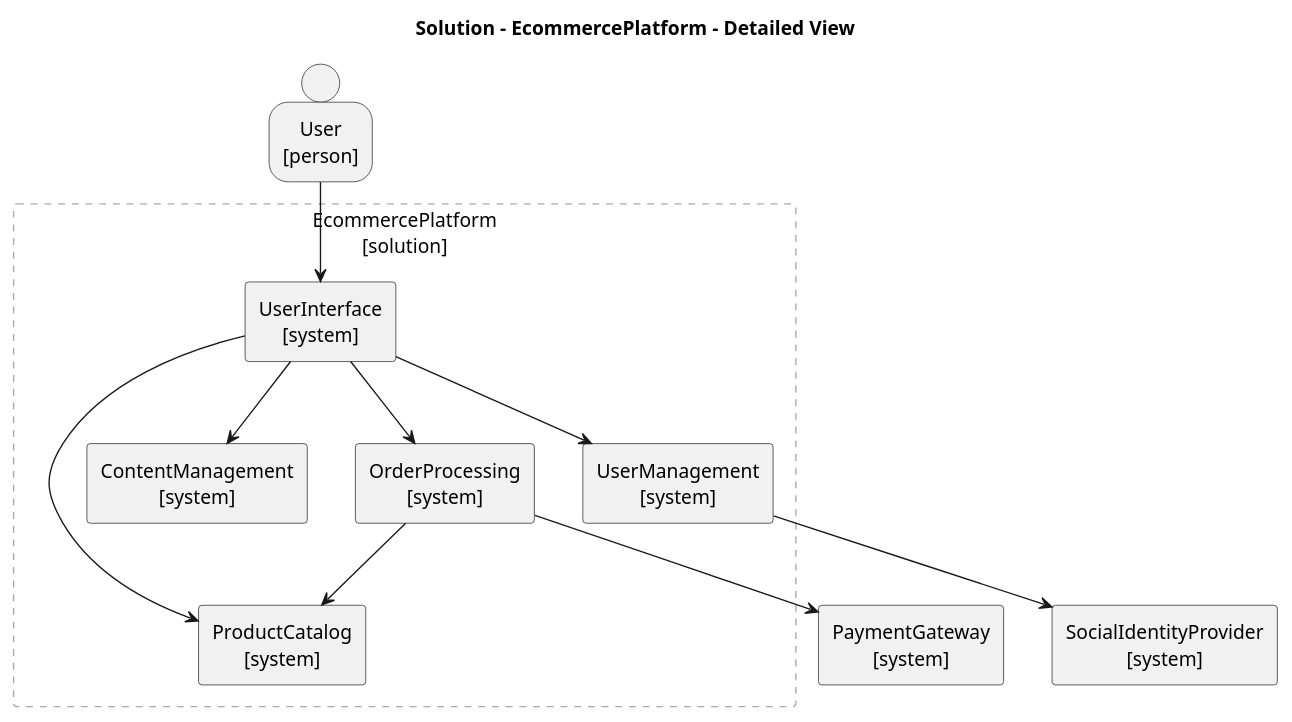
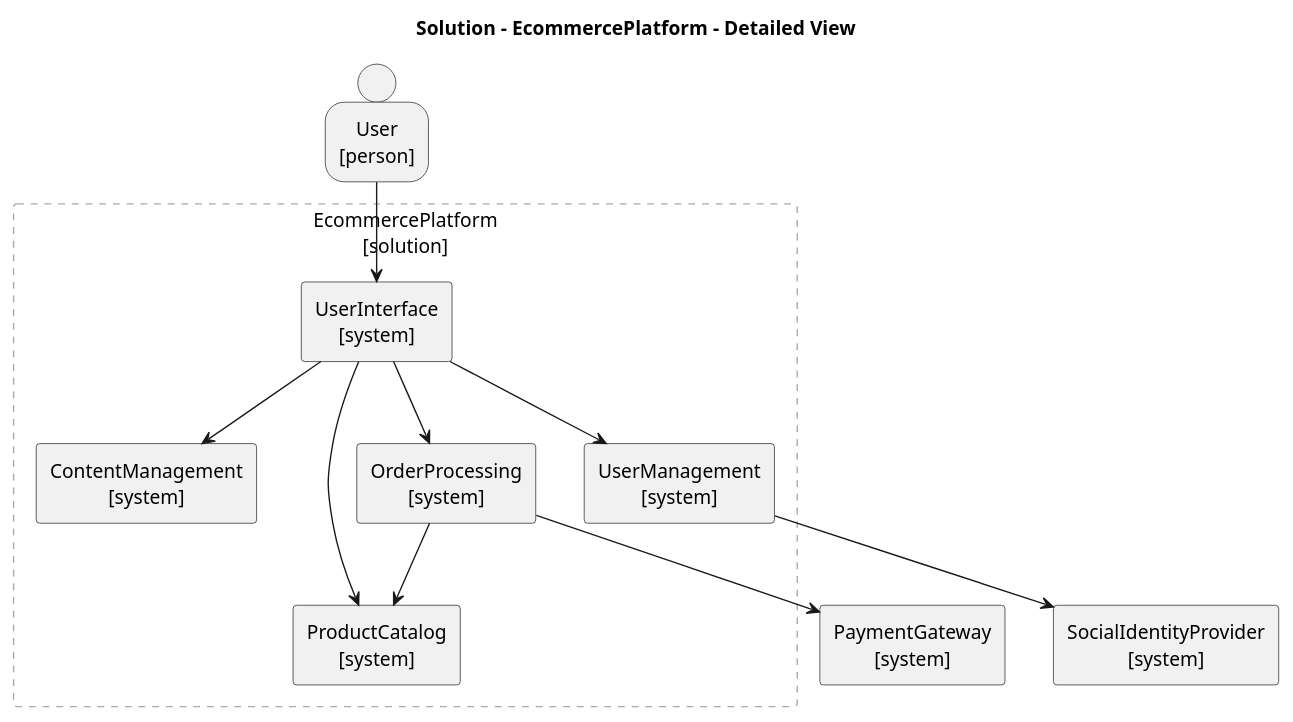
One commit to tmorin/archicode changed the diagram in src/doc/examples/design_example_step_2/views/plantuml/application/EcommercePlatform_detailed.puml. Above: the diagram before and after it, drawn with PlantUML. The commit also changed other lines of this file and 37 other files, not shown here.

```diff
--- a/src/doc/examples/design_example_step_2/views/plantuml/application/EcommercePlatform_detailed.puml
+++ b/src/doc/examples/design_example_step_2/views/plantuml/application/EcommercePlatform_detailed.puml
@@ -1,58 +1,58 @@
 @startuml EcommercePlatform_detailed
 title Solution - EcommercePlatform - Detailed View
 skinparam defaultTextAlignment center
 skinparam defaultTextAlignment<<atomic>> center
 skinparam wrapWidth 200
 skinparam maxMessageSize 150
 hide stereotype
 <style>
 .composite {
 BackgroundColor: transparent
 LineColor: darkgray
 LineStyle: 5
 FontStyle: normal
 }
 </style>
-person User <<atomic>> <<person>> [
-User
-[person]
+rectangle EcommercePlatform as "EcommercePlatform\n[solution]" <<composite>> {
+rectangle EcommercePlatform.ContentManagement <<system>> <<atomic>> [
+ContentManagement
+[system]
 ]
-rectangle EcommercePlatform as "EcommercePlatform\n[solution]" <<composite>> {
 rectangle EcommercePlatform.OrderProcessing <<system>> <<atomic>> [
 OrderProcessing
-[system]
-]
-rectangle EcommercePlatform.ContentManagement <<system>> <<atomic>> [
-ContentManagement
 [system]
 ]
 rectangle EcommercePlatform.ProductCatalog <<system>> <<atomic>> [
 ProductCatalog
 [system]
 ]
+rectangle EcommercePlatform.UserInterface <<system>> <<atomic>> [
+UserInterface
+[system]
+]
 rectangle EcommercePlatform.UserManagement <<system>> <<atomic>> [
 UserManagement
-[system]
-]
-rectangle EcommercePlatform.UserInterface <<system>> <<atomic>> [
-UserInterface
 [system]
 ]
 }
 rectangle PaymentGateway <<system>> <<atomic>> [
 PaymentGateway
 [system]
 ]
 rectangle SocialIdentityProvider <<system>> <<atomic>> [
 SocialIdentityProvider
 [system]
 ]
-EcommercePlatform.UserInterface --> EcommercePlatform.ContentManagement
-User --> EcommercePlatform.UserInterface
+person User <<atomic>> <<person>> [
+User
+[person]
+]
 EcommercePlatform.OrderProcessing --> EcommercePlatform.ProductCatalog
 EcommercePlatform.OrderProcessing --> PaymentGateway
-EcommercePlatform.UserManagement --> SocialIdentityProvider
-EcommercePlatform.UserInterface --> EcommercePlatform.UserManagement
+EcommercePlatform.UserInterface --> EcommercePlatform.ContentManagement
 EcommercePlatform.UserInterface --> EcommercePlatform.OrderProcessing
 EcommercePlatform.UserInterface --> EcommercePlatform.ProductCatalog
+EcommercePlatform.UserInterface --> EcommercePlatform.UserManagement
+EcommercePlatform.UserManagement --> SocialIdentityProvider
+User --> EcommercePlatform.UserInterface
 @enduml
```
